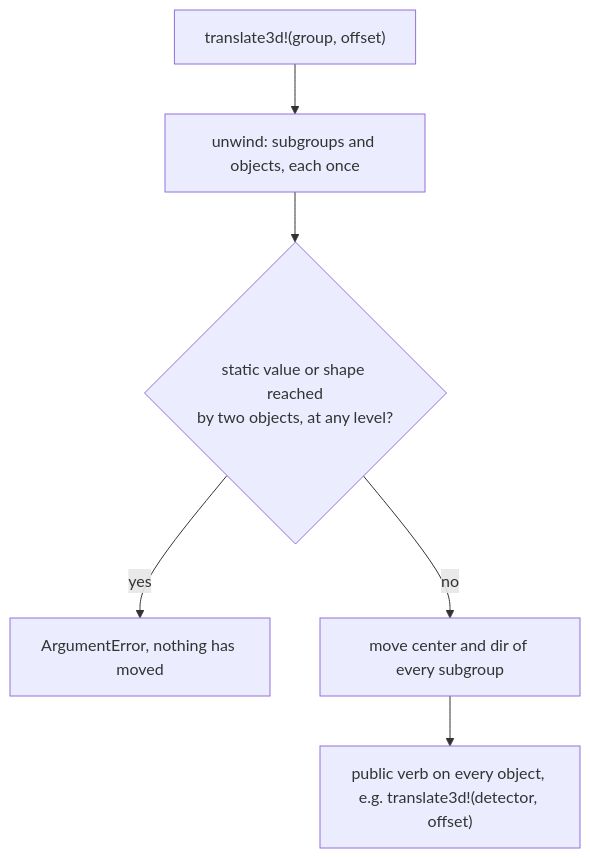
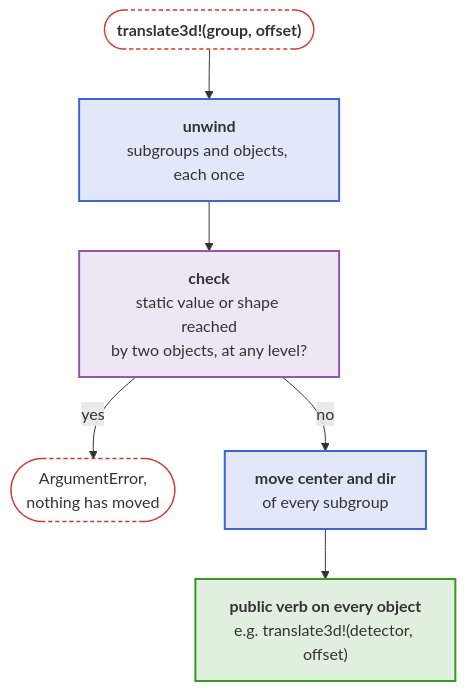
One commit to JuliaPhysics/BeamletOptics.jl changed the second of 2 diagrams in docs/src/api/kinematics_api.md. Above: the diagram before and after it, drawn with Mermaid. The commit also changed other lines of this file and 8 other files, not shown here.

First line of the commit message:
Docs: diagrams narrow and colored by group, rules in "Readable diagrams"

````diff
--- a/docs/src/api/kinematics_api.md
+++ b/docs/src/api/kinematics_api.md
@@ -66,8 +72,23 @@
 ```mermaid
 flowchart TB
-    CMD["translate3d!(group, offset)"] --> UW["unwind: subgroups and objects, each once"]
-    UW --> CK{"static value or shape reached<br/>by two objects, at any level?"}
-    CK -- yes --> ERR["ArgumentError, nothing has moved"]
-    CK -- no --> FR["move center and dir of every subgroup"]
-    FR --> OB["public verb on every object, e.g. translate3d!(detector, offset)"]
+    CMD(["<b>translate3d!(group, offset)</b>"])
+    UW["<b>unwind</b><br/>subgroups and objects, each once"]
+    CK["<b>check</b><br/>static value or shape reached<br/>by two objects, at any level?"]
+    ERR(["ArgumentError,<br/>nothing has moved"])
+    FR["<b>move center and dir</b><br/>of every subgroup"]
+    OB["<b>public verb on every object</b><br/>e.g. translate3d!(detector, offset)"]
+
+    CMD --> UW --> CK
+    CK -- yes --> ERR
+    CK -- no --> FR
+    FR --> OB
+
+    classDef blue fill:#4063D826,stroke:#4063D8,stroke-width:2px
+    classDef green fill:#38982626,stroke:#389826,stroke-width:2px
+    classDef purple fill:#9558B226,stroke:#9558B2,stroke-width:2px
+    classDef terminal fill:transparent,stroke:#CB3C33,stroke-width:1.5px,stroke-dasharray:4 3
+    class UW,FR blue
+    class CK purple
+    class OB green
+    class CMD,ERR terminal
 ```
````
